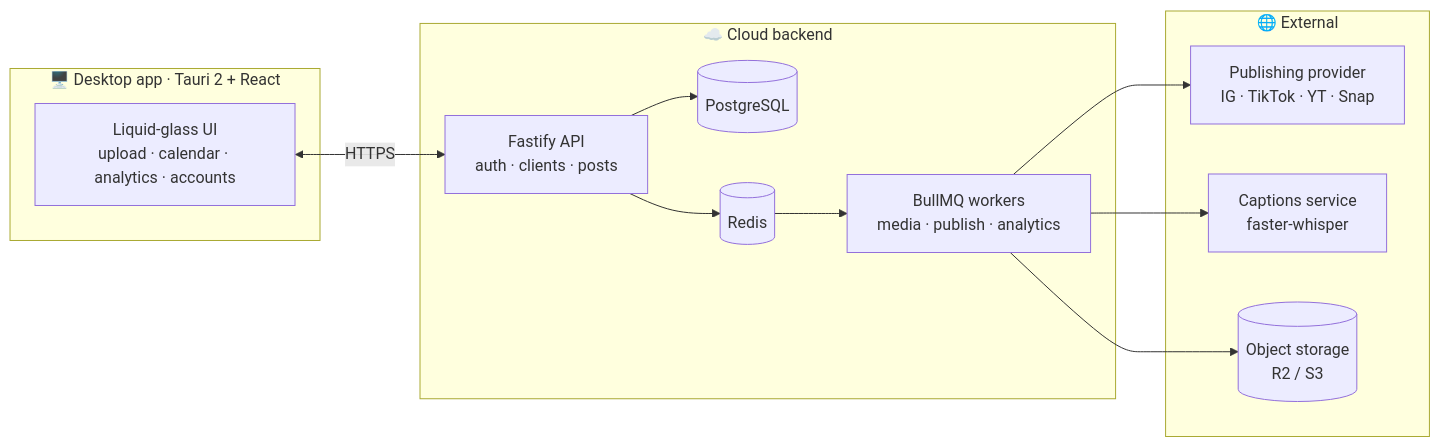
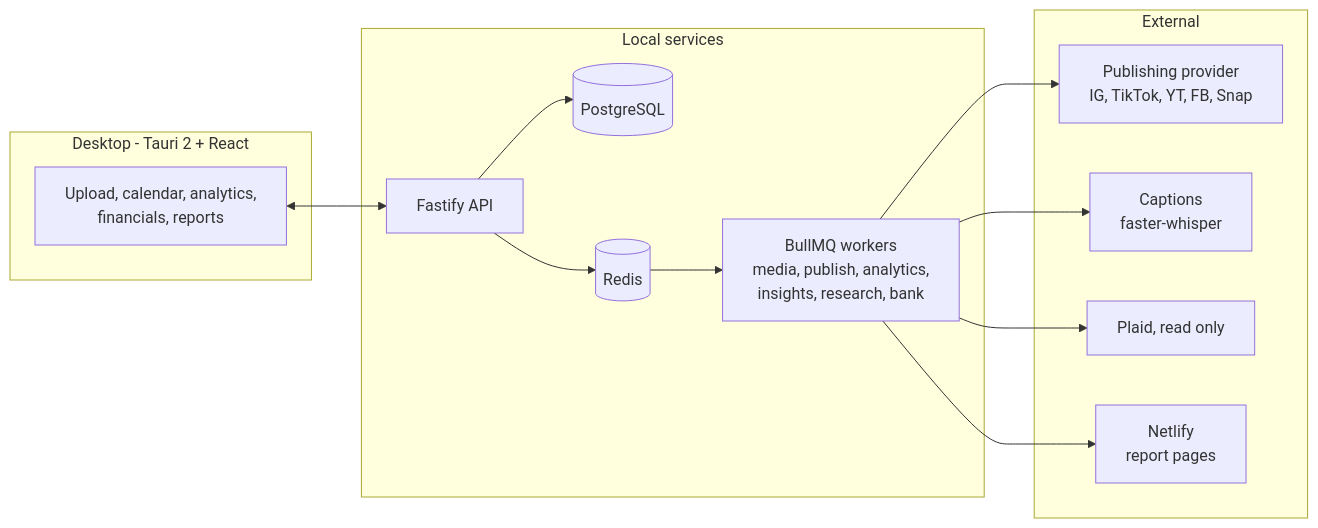
Before and after one commit to TyroneMadison/toreroflow: the diagram in README.md, drawn with Mermaid. The commit also changed other lines of this file and 12 other files, not shown here.

````diff
--- a/README.md
+++ b/README.md
@@ -68,24 +90,26 @@
 ```mermaid
 flowchart LR
-    subgraph desktop["🖥️ Desktop app · Tauri 2 + React"]
-        UI["Liquid-glass UI<br/>upload · calendar · analytics · accounts"]
+    subgraph desktop["Desktop - Tauri 2 + React"]
+        UI["Upload, calendar, analytics,<br/>financials, reports"]
     end
-    subgraph cloud["☁️ Cloud backend"]
-        API["Fastify API<br/>auth · clients · posts"]
-        W["BullMQ workers<br/>media · publish · analytics"]
+    subgraph local["Local services"]
+        API["Fastify API"]
+        W["BullMQ workers<br/>media, publish, analytics,<br/>insights, research, bank"]
         DB[("PostgreSQL")]
         R[("Redis")]
     end
-    subgraph ext["🌐 External"]
-        PUB["Publishing provider<br/>IG · TikTok · YT · Snap"]
-        CAP["Captions service<br/>faster-whisper"]
-        S3[("Object storage<br/>R2 / S3")]
+    subgraph ext["External"]
+        PUB["Publishing provider<br/>IG, TikTok, YT, FB, Snap"]
+        CAP["Captions<br/>faster-whisper"]
+        BANK["Plaid, read only"]
+        NET["Netlify<br/>report pages"]
     end
-    UI <-->|HTTPS| API
+    UI <--> API
     API --> DB
     API --> R
     R --> W
     W --> PUB
     W --> CAP
-    W --> S3
+    W --> BANK
+    W --> NET
 ```
````
